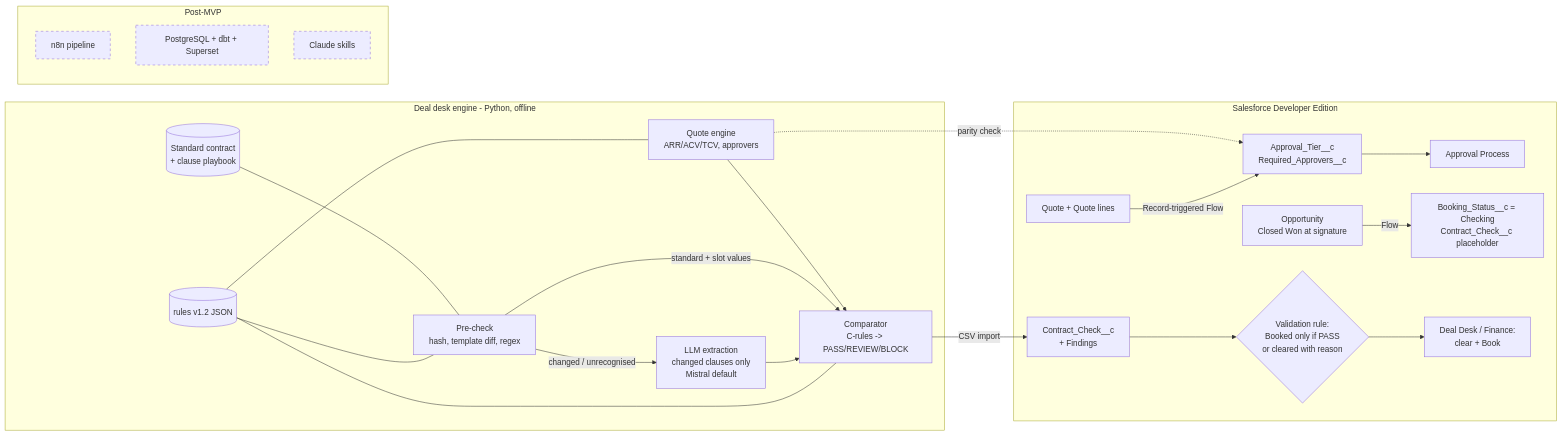
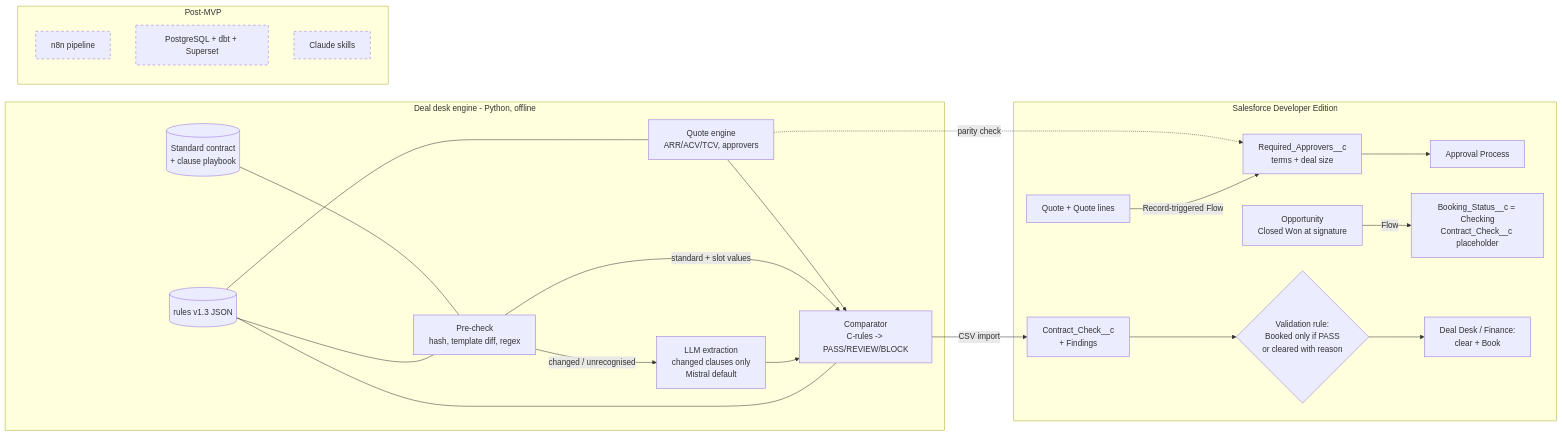
Before and after one commit to raduteodoriu-stack/deal-desk-check: the diagram in docs/cards/06_architecture.md, drawn with Mermaid. The commit also changed 19 other files, not shown here.

````diff
--- a/docs/cards/06_architecture.md
+++ b/docs/cards/06_architecture.md
@@ -6,32 +6,32 @@
 ```mermaid
 flowchart LR
   subgraph SF[Salesforce Developer Edition]
-    Q[Quote + Quote lines] -->|Record-triggered Flow| T[Approval_Tier__c<br/>Required_Approvers__c]
+    Q[Quote + Quote lines] -->|Record-triggered Flow| T[Required_Approvers__c<br/>terms + deal size]
     T --> AP[Approval Process]
     OPP[Opportunity<br/>Closed Won at signature] -->|Flow| BS[Booking_Status__c = Checking<br/>Contract_Check__c placeholder]
     CC[Contract_Check__c<br/>+ Findings]
     G{Validation rule:<br/>Booked only if PASS<br/>or cleared with reason}
     BK[Deal Desk / Finance:<br/>clear + Book]
   end
   subgraph ENG[Deal desk engine - Python, offline]
-    R[(rules v1.2 JSON)]
+    R[(rules v1.3 JSON)]
     QE[Quote engine<br/>ARR/ACV/TCV, approvers]
     PC[Pre-check<br/>hash, template diff, regex]
     EX[LLM extraction<br/>changed clauses only<br/>Mistral default]
     CMP[Comparator<br/>C-rules -> PASS/REVIEW/BLOCK]
     PB[(Standard contract<br/>+ clause playbook)]
   end
   R --- QE & PC & CMP
   PB --- PC
   PC -->|changed / unrecognised| EX --> CMP
   PC -->|standard + slot values| CMP
   QE --> CMP
   CMP -->|CSV import| CC --> G --> BK
   QE -.->|parity check| T
   subgraph LATER[Post-MVP]
     N8N[n8n pipeline]:::later
     AN[PostgreSQL + dbt + Superset]:::later
     SK[Claude skills]:::later
   end
   classDef later stroke-dasharray: 5 5
 ```
````
